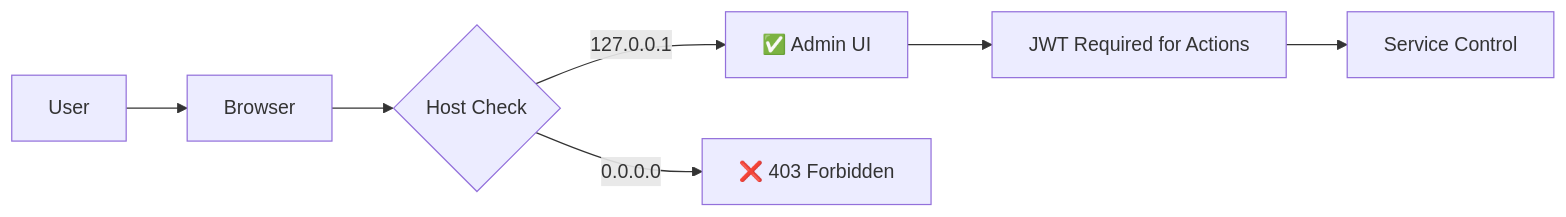
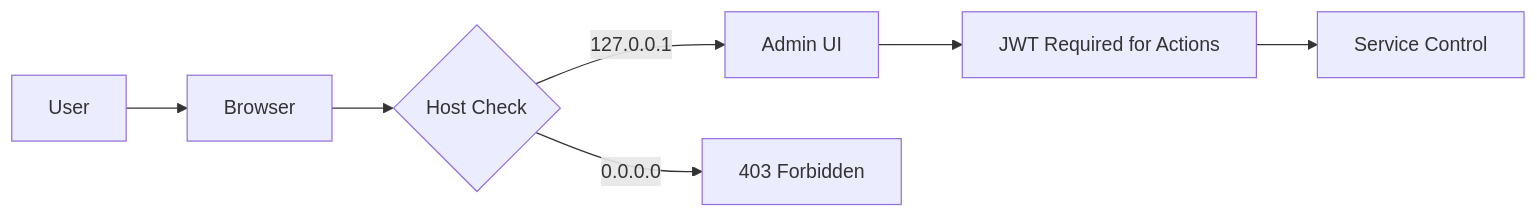
Before and after one commit to NanoInfra/NanoEdgeRT: the second of 2 diagrams in README.md, drawn with Mermaid. The commit also changed other lines of this file and 3 other files, not shown here.

````diff
--- a/README.md
+++ b/README.md
@@ -241,9 +241,9 @@
 ```mermaid
 graph LR
     User[User] --> Browser[Browser]
     Browser --> Check{Host Check}
-    Check -->|127.0.0.1| Allow[✅ Admin UI]
-    Check -->|0.0.0.0| Deny[❌ 403 Forbidden]
+    Check -->|127.0.0.1| Allow[Admin UI]
+    Check -->|0.0.0.0| Deny[403 Forbidden]
     Allow --> JWT[JWT Required for Actions]
     JWT --> Actions[Service Control]
 ```
````
